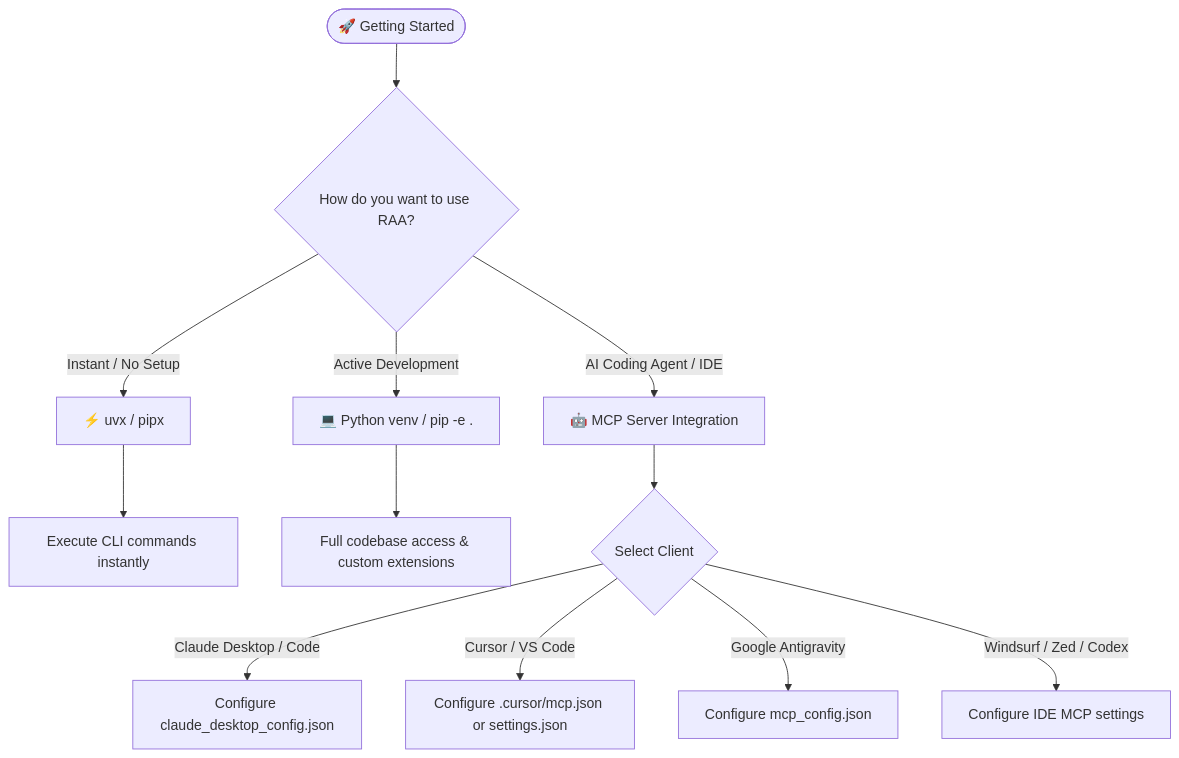
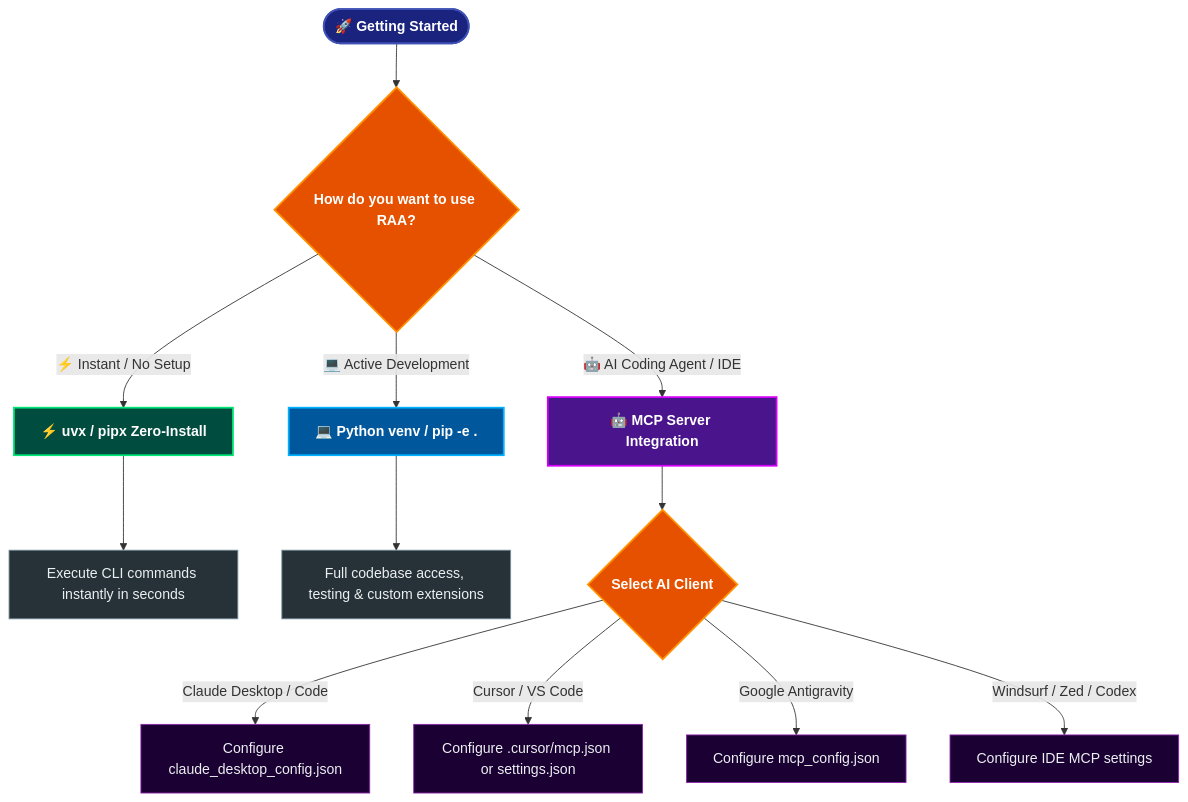
Before and after one commit to cingxcong/RAA: the second of 4 diagrams in README.md, drawn with Mermaid. The commit also changed other lines of this file and 135 other files, not shown here.

Commit message:
feat(v3.0.0): finalize RAA v3.0.0 production release and v4.0.0 master roadmap

````diff
--- a/README.md
+++ b/README.md
@@ -166,16 +214,25 @@
 ```mermaid
 flowchart TD
-    Start([🚀 Getting Started]) --> Choice{How do you want to use RAA?}
-    Choice -->|Instant / No Setup| Zero[⚡ uvx / pipx]
-    Choice -->|Active Development| Local[💻 Python venv / pip -e .]
-    Choice -->|AI Coding Agent / IDE| MCP[🤖 MCP Server Integration]
+    classDef start fill:#1A237E,stroke:#3F51B5,stroke-width:2px,color:#FFFFFF,font-weight:bold;
+    classDef choice fill:#E65100,stroke:#FF9100,stroke-width:2px,color:#FFFFFF,font-weight:bold;
+    classDef zero fill:#004D40,stroke:#00E676,stroke-width:2px,color:#FFFFFF,font-weight:bold;
+    classDef local fill:#01579B,stroke:#00B0FF,stroke-width:2px,color:#FFFFFF,font-weight:bold;
+    classDef mcp fill:#4A148C,stroke:#D500F9,stroke-width:2px,color:#FFFFFF,font-weight:bold;
+    classDef leaf fill:#263238,stroke:#78909C,stroke-width:1px,color:#ECEFF1;
+    classDef cfg fill:#1A0033,stroke:#8E24AA,stroke-width:1px,color:#ECEFF1;
+
+    Start(["🚀 Getting Started"]):::start --> Choice{"How do you want to use RAA?"}:::choice
     
-    Zero --> RunCli[Execute CLI commands instantly]
-    Local --> DevWork[Full codebase access & custom extensions]
-    MCP --> ClientType{Select Client}
+    Choice -->|"⚡ Instant / No Setup"| Zero["⚡ uvx / pipx Zero-Install"]:::zero
+    Choice -->|"💻 Active Development"| Local["💻 Python venv / pip -e ."]:::local
+    Choice -->|"🤖 AI Coding Agent / IDE"| MCP["🤖 MCP Server Integration"]:::mcp
     
-    ClientType -->|Claude Desktop / Code| ClaudeCfg[Configure claude_desktop_config.json]
-    ClientType -->|Cursor / VS Code| IdeCfg[Configure .cursor/mcp.json or settings.json]
-    ClientType -->|Google Antigravity| AgCfg[Configure mcp_config.json]
-    ClientType -->|Windsurf / Zed / Codex| GenericCfg[Configure IDE MCP settings]
+    Zero --> RunCli["Execute CLI commands instantly in seconds"]:::leaf
+    Local --> DevWork["Full codebase access, testing & custom extensions"]:::leaf
+    MCP --> ClientType{"Select AI Client"}:::choice
+    
+    ClientType -->|"Claude Desktop / Code"| ClaudeCfg["Configure claude_desktop_config.json"]:::cfg
+    ClientType -->|"Cursor / VS Code"| IdeCfg["Configure .cursor/mcp.json or settings.json"]:::cfg
+    ClientType -->|"Google Antigravity"| AgCfg["Configure mcp_config.json"]:::cfg
+    ClientType -->|"Windsurf / Zed / Codex"| GenericCfg["Configure IDE MCP settings"]:::cfg
 ```
````
